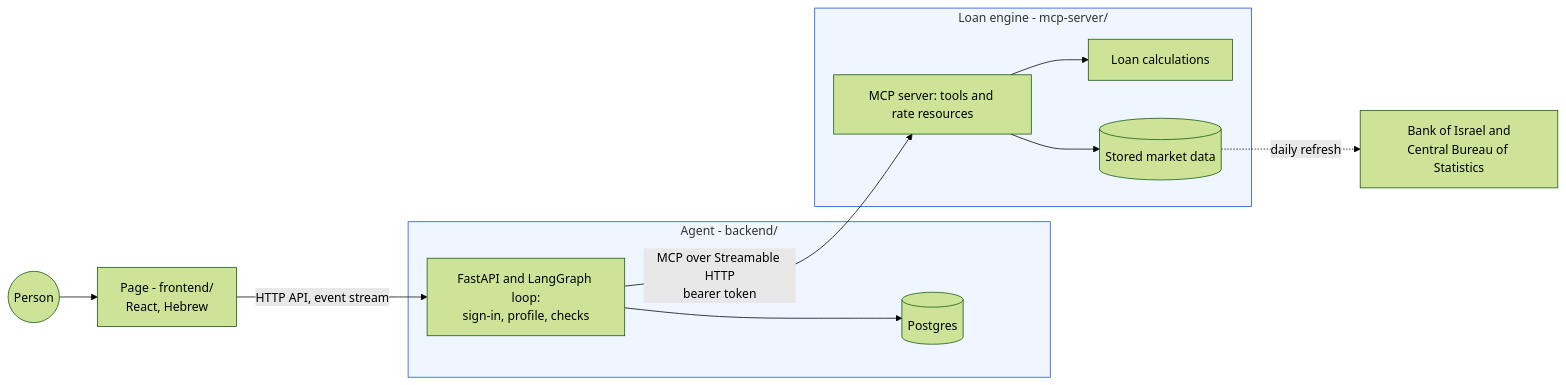
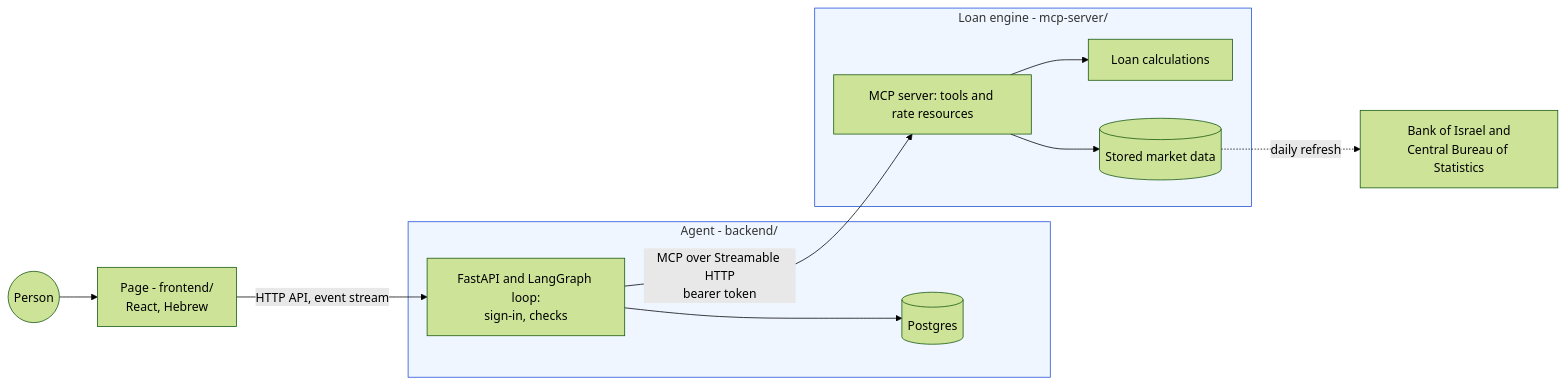
One commit to erancha/loan-simulator changed the diagram in docs/architecture.md. Above: the diagram before and after it, drawn with Mermaid (forest theme). The commit also changed other lines of this file and 122 other files, not shown here.

````diff
--- a/docs/architecture.md
+++ b/docs/architecture.md
@@ -17,16 +17,16 @@
 ```mermaid
 flowchart LR
   U((Person)) --> P["Page - frontend/<br/>React, Hebrew"]
   P -->|"HTTP API, event stream"| A
   subgraph AGENT["Agent - backend/"]
-    A["FastAPI and LangGraph loop:<br/>sign-in, profile, checks"] --> DB[(Postgres)]
+    A["FastAPI and LangGraph loop:<br/>sign-in, checks"] --> DB[(Postgres)]
   end
   A -->|"MCP over Streamable HTTP<br/>bearer token"| E
   subgraph ENGINE["Loan engine - mcp-server/"]
     E["MCP server: tools and rate resources"] --> D[Loan calculations]
     E --> M[(Stored market data)]
   end
   M -.->|daily refresh| S["Bank of Israel and<br/>Central Bureau of Statistics"]
   style AGENT fill:#eff6ff,stroke:#1d4ed8
   style ENGINE fill:#eff6ff,stroke:#1d4ed8
 ```
````
